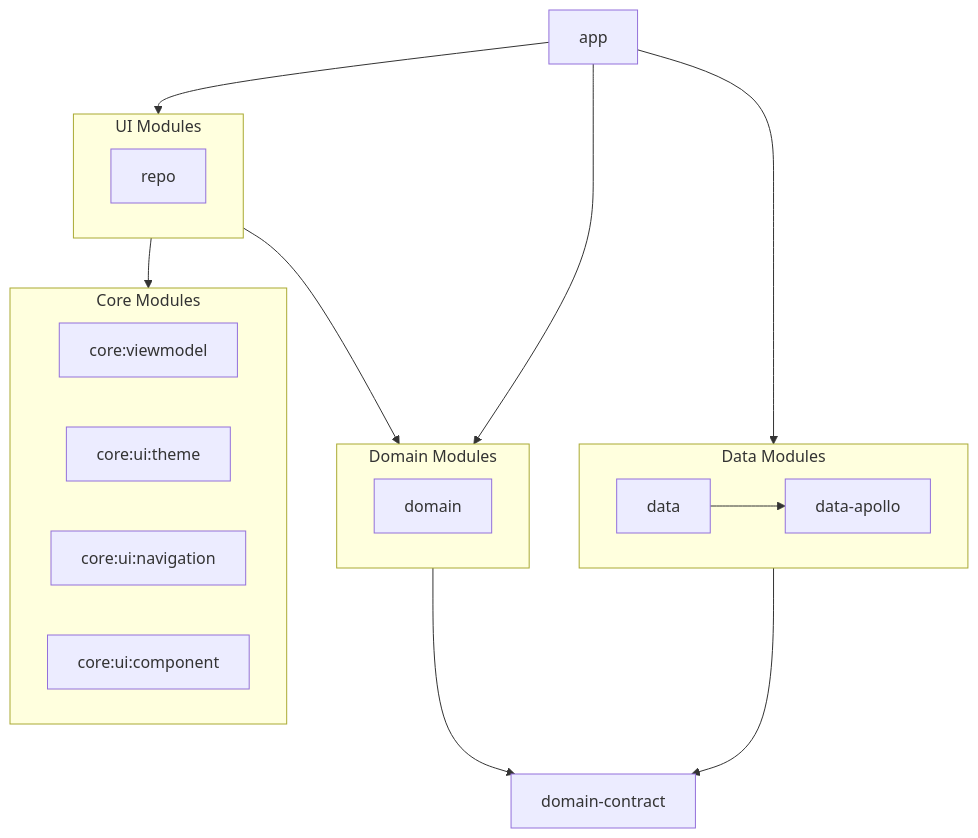
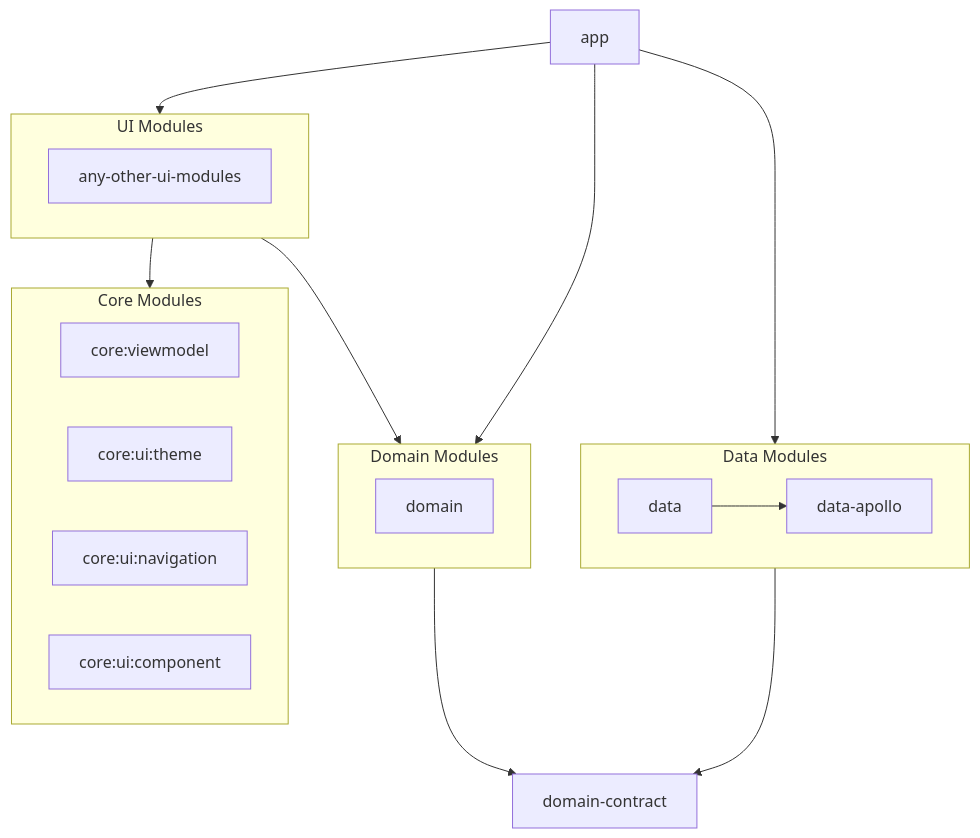
The diagram in README.md (SebVay/Android-for-Github-Good-Practices), drawn with Mermaid before and after one commit. The commit also changed other lines of this file and 4 other files, not shown here.

````diff
--- a/README.md
+++ b/README.md
@@ -10,36 +43,37 @@
 ```mermaid
 graph TD
     subgraph DataModules["Data Modules"]
         data["data"]
         data-apollo["data-apollo"]
     end
 
     subgraph DomainModules["Domain Modules"]
         domain["domain"]
     end
 
     subgraph CoreModules["Core Modules"]
         core-viewmodel["core:viewmodel"]
         core-ui-theme["core:ui:theme"]
         core-ui-navigation["core:ui:navigation"]
         core-ui-component["core:ui:component"]
     end
 
     subgraph UIModules["UI Modules"]
         repo["repo"]
+        repo["any-other-ui-modules"]
     end
 
     app["app"]
     domain-contract["domain-contract"]
 %% Connections
     app --> UIModules
     app --> DomainModules
     app --> DataModules
 %% UI Modules connections
     UIModules --> CoreModules
     UIModules --> DomainModules
 %% Domain contract connections
     DomainModules --> domain-contract
     DataModules --> domain-contract
     data --> data-apollo
 ```
````
